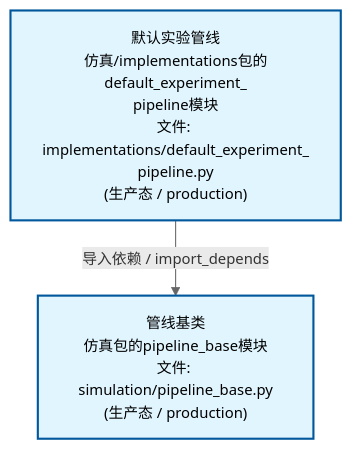
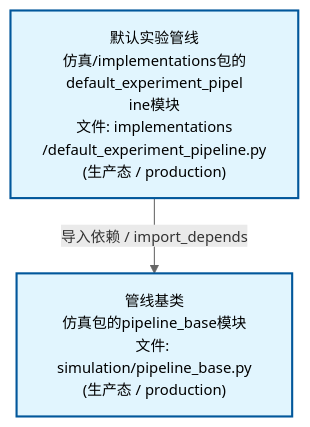
One commit to xuanFelixVan/ZephyrAlpha changed the second of 4 diagrams in docs/02_enterprise_architecture/02_domain_architecture_docs/70_d_simulation.md. Above: the diagram before and after it, drawn with Mermaid. The commit also changed other lines of this file and 59 other files, not shown here.

````diff
--- a/docs/02_enterprise_architecture/02_domain_architecture_docs/70_d_simulation.md
+++ b/docs/02_enterprise_architecture/02_domain_architecture_docs/70_d_simulation.md
@@ -95,12 +95,12 @@
 ```mermaid
 %%{init: {'theme': 'base', 'themeVariables': {'primaryColor': '#eaeaea', 'primaryTextColor': '#333333', 'primaryBorderColor': '#666666', 'lineColor': '#666666', 'secondaryColor': '#eaeaea', 'tertiaryColor': '#eaeaea', 'fontSize': '14px'}}}%%
 flowchart TD
-    src_zephyr_simulation_implementations_default_experiment_pipeline_py["默认实验管线<br/>仿真/implementations包的default_experiment_<br/>pipeline模块<br/>文件: implementations/default_experiment_<br/>pipeline.py<br/>(生产态 / production)"]
+    src_zephyr_simulation_implementations_default_experiment_pipeline_py["默认实验管线<br/>仿真/implementations包的default_experiment_pipel<br/>ine模块<br/>文件: implementations<br/>/default_experiment_pipeline.py<br/>(生产态 / production)"]
     src_zephyr_simulation_pipeline_base_py["管线基类<br/>仿真包的pipeline_base模块<br/>文件: simulation/pipeline_base.py<br/>(生产态 / production)"]
     src_zephyr_simulation_implementations_default_experiment_pipeline_py -->|导入依赖 / import_depends| src_zephyr_simulation_pipeline_base_py
     classDef production fill:#e1f5fe,stroke:#01579b,stroke-width:2px,color:#000
     classDef design fill:#fff3e0,stroke:#e65100,stroke-width:2px,color:#000,stroke-dasharray: 5 5
     classDef external_prod fill:#e8f4fd,stroke:#0277bd,stroke-width:1px,color:#000
     classDef external_design fill:#fff8e7,stroke:#ef6c00,stroke-width:1px,color:#000,stroke-dasharray: 5 5
     class src_zephyr_simulation_implementations_default_experiment_pipeline_py,src_zephyr_simulation_pipeline_base_py production
 ```
````
